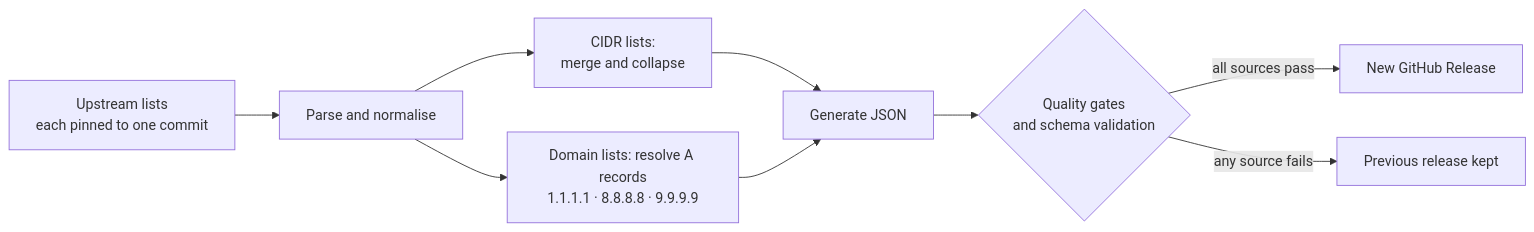
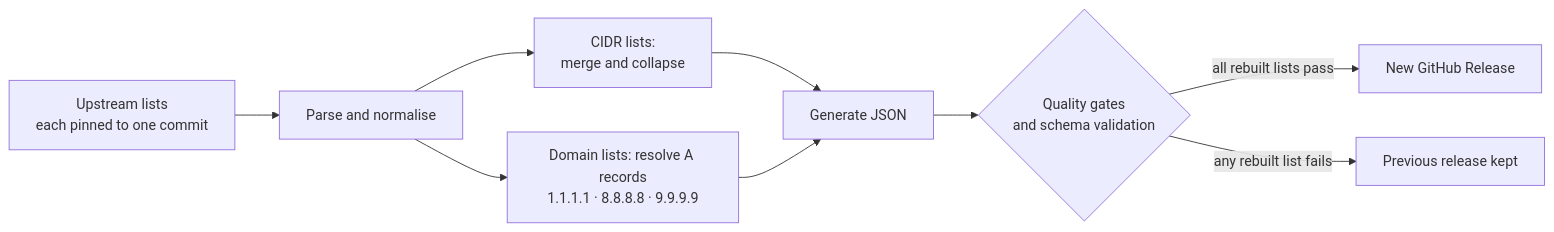
The diagram in README.md (shidevil/amnezia-china-split-tunnel), drawn with Mermaid before and after one commit. The commit also changed other lines of this file and 3 other files, not shown here.

````diff
--- a/README.md
+++ b/README.md
@@ -235,11 +237,11 @@
 ```mermaid
 flowchart LR
     A["Upstream lists<br/>each pinned to one commit"] --> B["Parse and normalise"]
     B --> C["CIDR lists:<br/>merge and collapse"]
     B --> D["Domain lists: resolve A records<br/>1.1.1.1 · 8.8.8.8 · 9.9.9.9"]
     C --> E["Generate JSON"]
     D --> E
     E --> F{"Quality gates<br/>and schema validation"}
-    F -->|"all sources pass"| G["New GitHub Release"]
-    F -->|"any source fails"| H["Previous release kept"]
+    F -->|"all rebuilt lists pass"| G["New GitHub Release"]
+    F -->|"any rebuilt list fails"| H["Previous release kept"]
 ```
````
